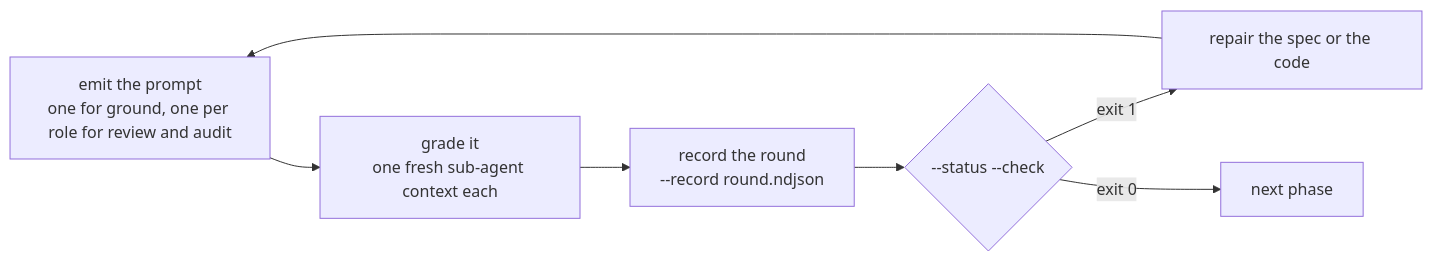
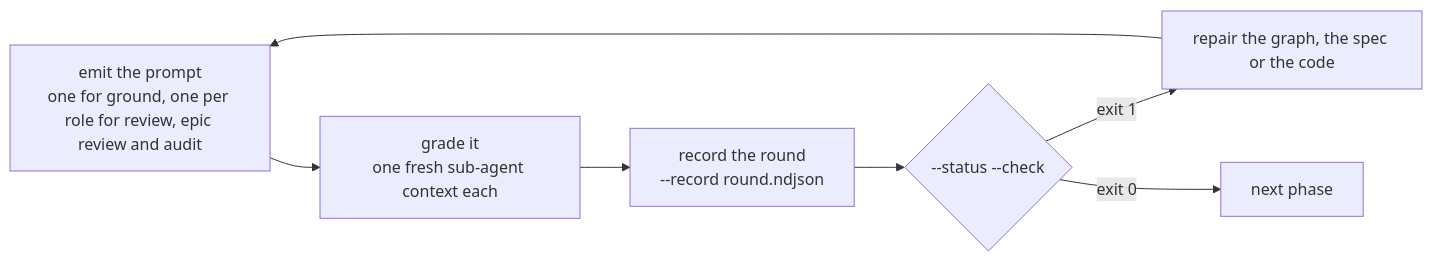
The second of 3 diagrams in README.md (deligoez/tp), drawn with Mermaid before and after one commit. The commit also changed other lines of this file, not shown here.

Commit message:
docs(readme): count epic review among the loops and their exit conditions

````diff
--- a/README.md
+++ b/README.md
@@ -148,14 +148,14 @@
 ```mermaid
 flowchart LR
-    EMIT["emit the prompt<br/>one for ground, one per role for review and audit"]
+    EMIT["emit the prompt<br/>one for ground, one per role for review, epic review and audit"]
     GRADE["grade it<br/>one fresh sub-agent context each"]
     RECORD["record the round<br/>--record round.ndjson"]
     CHECK{"--status --check"}
-    REPAIR["repair the spec or the code"]
+    REPAIR["repair the graph, the spec or the code"]
     NEXT["next phase"]
 
     EMIT --> GRADE --> RECORD --> CHECK
     CHECK -->|"exit 1"| REPAIR
     REPAIR --> EMIT
     CHECK -->|"exit 0"| NEXT
 ```
````
